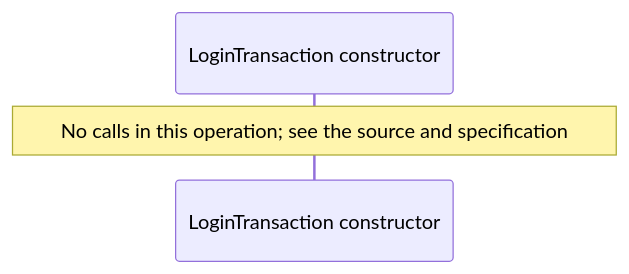
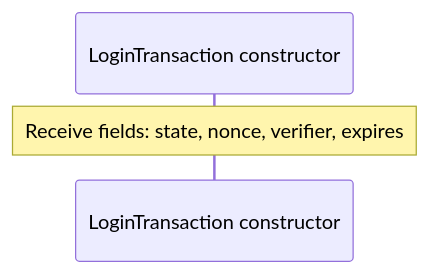
Before and after one commit to GreenPandaStudios/augscript: the second of 5 diagrams in docs/examples/oidc-login/client/contracts-diagrams.md, drawn with Mermaid. The commit also changed other lines of this file and 289 other files, not shown here.

Commit message:
Correct diagram control flow and complete generated wiki navigation

````diff
--- a/docs/examples/oidc-login/client/contracts-diagrams.md
+++ b/docs/examples/oidc-login/client/contracts-diagrams.md
@@ -42,6 +42,6 @@
 ```mermaid
 sequenceDiagram
     participant p0 as LoginTransaction constructor
 
-    Note over p0: No calls in this operation#59; see the source and specification
+    Note over p0: Receive fields: state, nonce, verifier, expires
 ```
````
